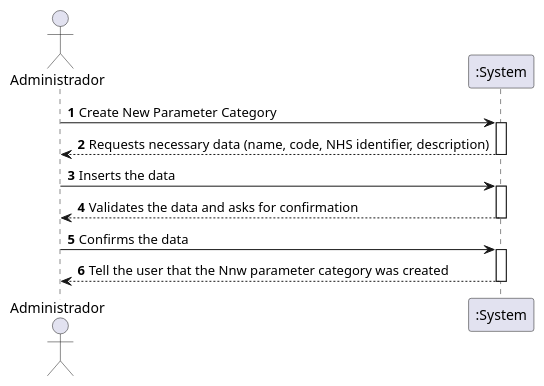
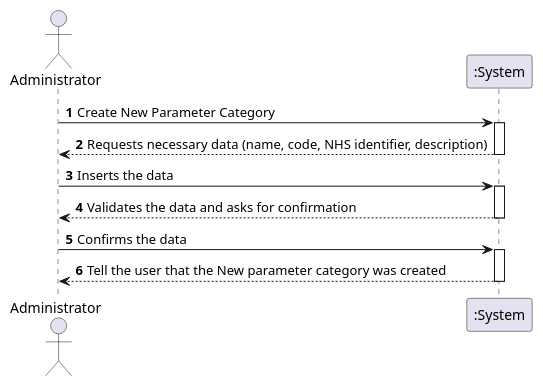
Before and after one commit to GuilhermeCunha79/lapr2: the diagram in docs/SprintB/US11/UC11_SSD.puml, drawn with PlantUML. The commit also changed 10 other files, not shown here.

```diff
--- a/docs/SprintB/US11/UC11_SSD.puml
+++ b/docs/SprintB/US11/UC11_SSD.puml
@@ -1,24 +1,24 @@
 @startuml
 autonumber
 'hide footbox
-actor "Administrador" as ADMIN
+actor "Administrator" as ADMIN
 
 participant ":System" as SYSTEM
 
 ADMIN -> SYSTEM : Create New Parameter Category
 activate SYSTEM
 SYSTEM --> ADMIN : Requests necessary data (name, code, NHS identifier, description)
 deactivate SYSTEM
 
 ADMIN -> SYSTEM : Inserts the data
 activate SYSTEM
 SYSTEM --> ADMIN : Validates the data and asks for confirmation
 deactivate SYSTEM
 
 ADMIN -> SYSTEM : Confirms the data
 activate SYSTEM
-SYSTEM --> ADMIN : Tell the user that the Nnw parameter category was created
+SYSTEM --> ADMIN : Tell the user that the New parameter category was created
 deactivate SYSTEM
 
 
 @enduml
```
